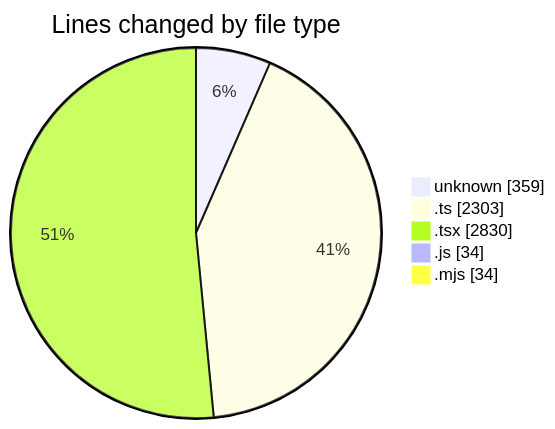
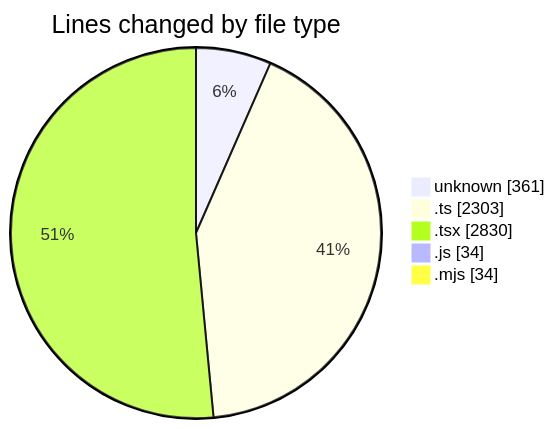
One commit to CELIANVF/code-tracking changed the first of 2 diagrams in 2025-06-13/ecodeli-1/README.md. Above: the diagram before and after it, drawn with Mermaid. The commit also changed other lines of this file and 1 other file, not shown here.

````diff
--- a/2025-06-13/ecodeli-1/README.md
+++ b/2025-06-13/ecodeli-1/README.md
@@ -29,9 +29,9 @@
 ```mermaid
 pie showData
 title Lines changed by file type
-"unknown" : 359
+"unknown" : 361
 ".ts" : 2303
 ".tsx" : 2830
 ".js" : 34
 ".mjs" : 34
 ```
````
